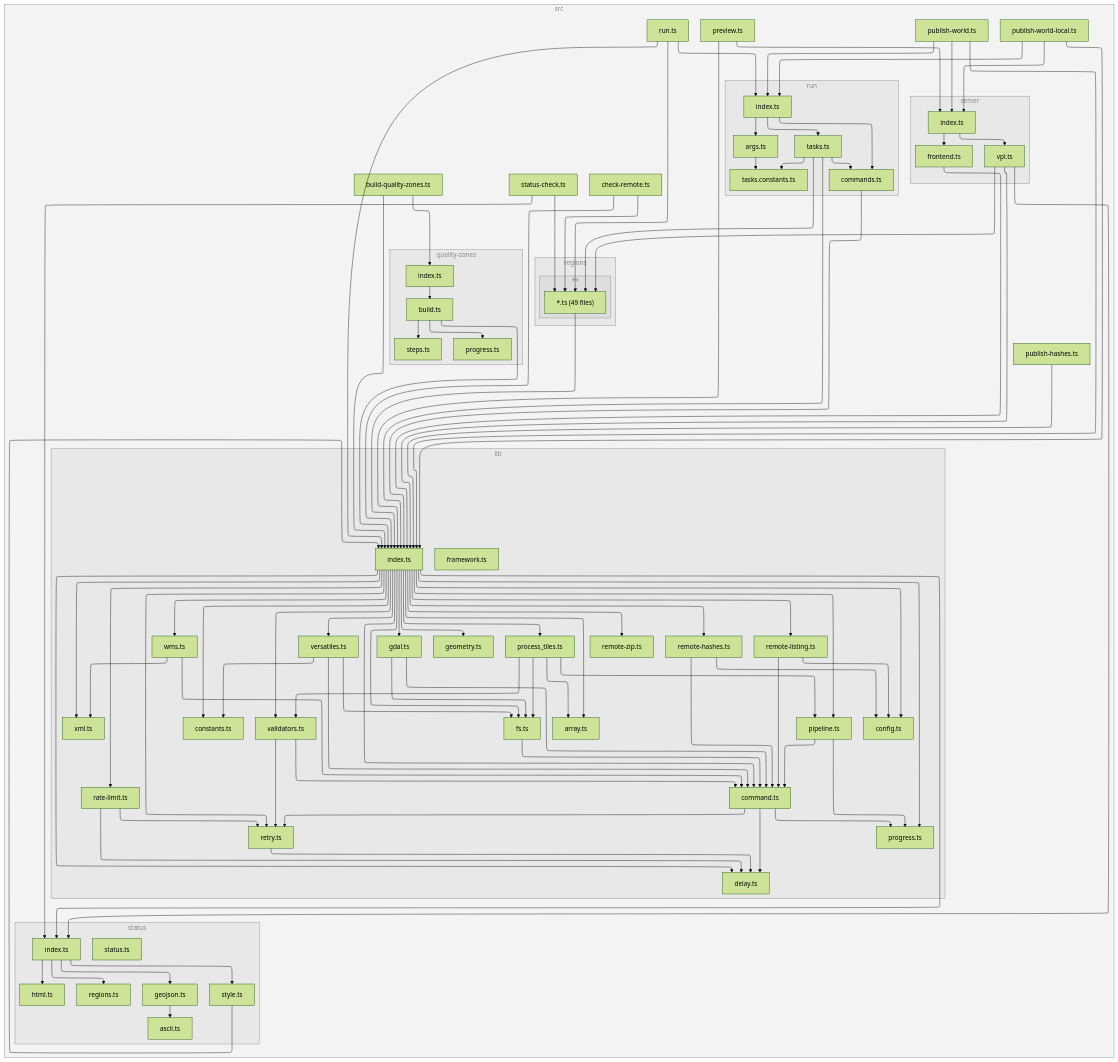
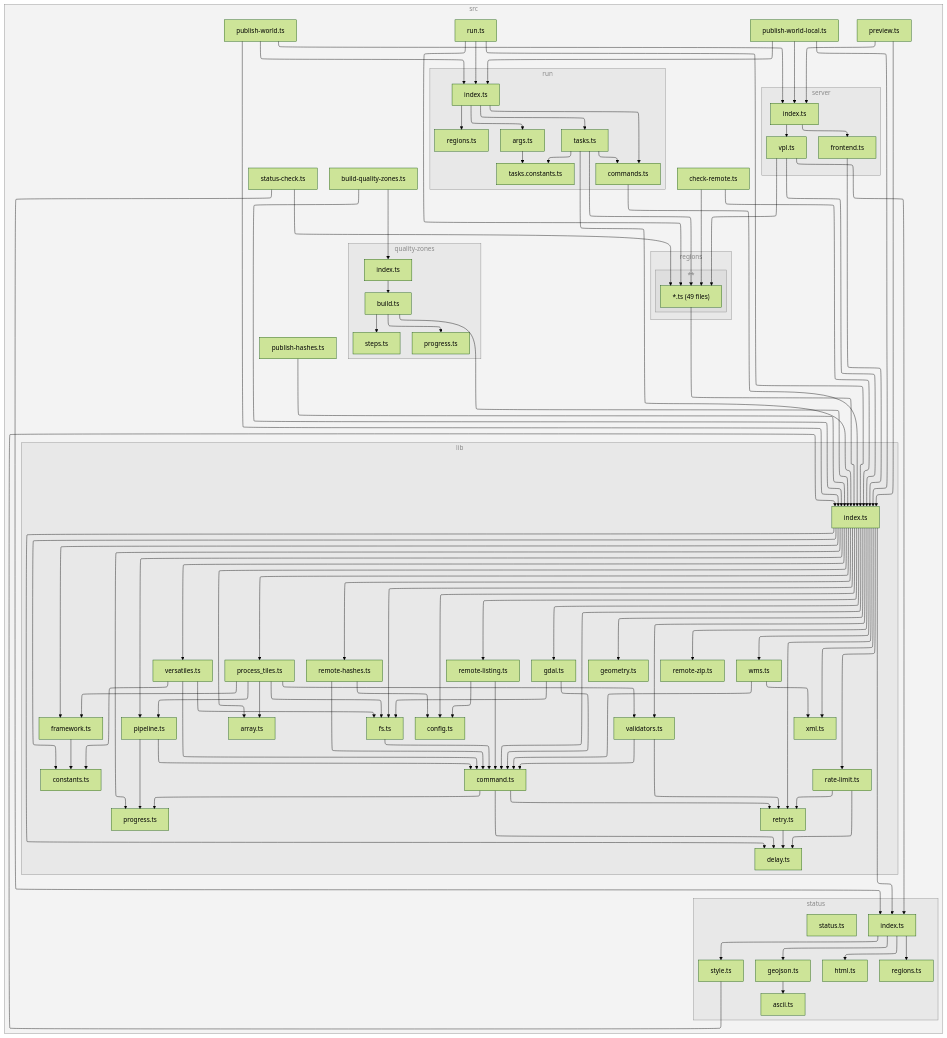
The diagram in README.md (versatiles-org/orthophotos), drawn with Mermaid (forest theme) before and after one commit. The commit also changed 4 other files, not shown here.

````diff
--- a/README.md
+++ b/README.md
@@ -113,20 +113,20 @@
 F["retry.ts"]
 G["config.ts"]
 H["constants.ts"]
-I["fs.ts"]
-J["gdal.ts"]
-K["geometry.ts"]
-L["pipeline.ts"]
-M["process_tiles.ts"]
-N["validators.ts"]
-O["rate-limit.ts"]
-P["remote-hashes.ts"]
-Q["remote-listing.ts"]
-R["remote-zip.ts"]
-S["versatiles.ts"]
-T["wms.ts"]
-U["xml.ts"]
-14["framework.ts"]
+I["framework.ts"]
+J["fs.ts"]
+K["gdal.ts"]
+L["geometry.ts"]
+M["pipeline.ts"]
+N["process_tiles.ts"]
+O["validators.ts"]
+P["rate-limit.ts"]
+Q["remote-hashes.ts"]
+R["remote-listing.ts"]
+S["remote-zip.ts"]
+T["versatiles.ts"]
+U["wms.ts"]
+V["xml.ts"]
 end
 subgraph 4["status"]
 5["index.ts"]
@@ -135,18 +135,18 @@
 8["html.ts"]
 9["regions.ts"]
 A["style.ts"]
-1L["status.ts"]
+1M["status.ts"]
 end
-subgraph V["quality-zones"]
-W["index.ts"]
-X["build.ts"]
-Y["progress.ts"]
-Z["steps.ts"]
+subgraph W["quality-zones"]
+X["index.ts"]
+Y["build.ts"]
+Z["progress.ts"]
+10["steps.ts"]
 end
-10["check-remote.ts"]
-subgraph 11["regions"]
-subgraph 12["**"]
-13["*.ts (49 files)"]
+11["check-remote.ts"]
+subgraph 12["regions"]
+subgraph 13["**"]
+14["*.ts (49 files)"]
 end
 end
 15["preview.ts"]
@@ -162,14 +162,15 @@
 1E["args.ts"]
 1F["tasks.constants.ts"]
 1G["commands.ts"]
-1H["tasks.ts"]
+1H["regions.ts"]
+1I["tasks.ts"]
 end
-1I["publish-world.ts"]
-1J["run.ts"]
-1K["status-check.ts"]
+1J["publish-world.ts"]
+1K["run.ts"]
+1L["status-check.ts"]
 end
 1-->3
-1-->W
+1-->X
 3-->5
 3-->B
 3-->C
@@ -181,16 +182,17 @@
 3-->K
 3-->L
 3-->M
+3-->N
 3-->E
-3-->O
 3-->P
 3-->Q
 3-->R
+3-->S
 3-->F
-3-->N
-3-->S
+3-->O
 3-->T
 3-->U
+3-->V
 5-->6
 5-->8
 5-->9
@@ -201,42 +203,44 @@
 C-->E
 C-->F
 F-->D
-I-->C
+I-->H
 J-->C
-J-->I
-L-->C
-L-->E
-M-->B
-M-->I
-M-->L
-M-->N
-N-->C
-N-->F
-O-->D
+K-->C
+K-->J
+M-->C
+M-->E
+N-->B
+N-->I
+N-->J
+N-->M
+N-->O
+O-->C
 O-->F
-P-->C
-P-->G
+P-->D
+P-->F
 Q-->C
 Q-->G
-S-->C
-S-->H
-S-->I
+R-->C
+R-->G
 T-->C
-T-->U
-W-->X
-X-->3
+T-->H
+T-->J
+U-->C
+U-->V
 X-->Y
-X-->Z
-10-->3
-10-->13
-13-->3
+Y-->3
+Y-->Z
+Y-->10
+11-->3
+11-->14
+14-->3
 15-->3
 15-->17
 17-->18
 17-->19
 18-->3
 19-->3
-19-->13
+19-->14
 19-->5
 1A-->3
 1B-->3
@@ -245,21 +249,22 @@
 1D-->1E
 1D-->1G
 1D-->1H
+1D-->1I
 1E-->1F
 1G-->3
-1H-->3
-1H-->13
-1H-->1G
-1H-->1F
 1I-->3
-1I-->1D
-1I-->17
+1I-->14
+1I-->1G
+1I-->1F
 1J-->3
-1J-->13
 1J-->1D
-1K-->13
-1K-->5
+1J-->17
+1K-->3
+1K-->14
+1K-->1D
+1L-->14
+1L-->5
 
-class 0,2,4,V,11,12,16,1C subgraphs;
+class 0,2,4,W,12,13,16,1C subgraphs;
 classDef subgraphs fill-opacity:0.1, fill:#888, color:#888, stroke:#888;
 ```
````
